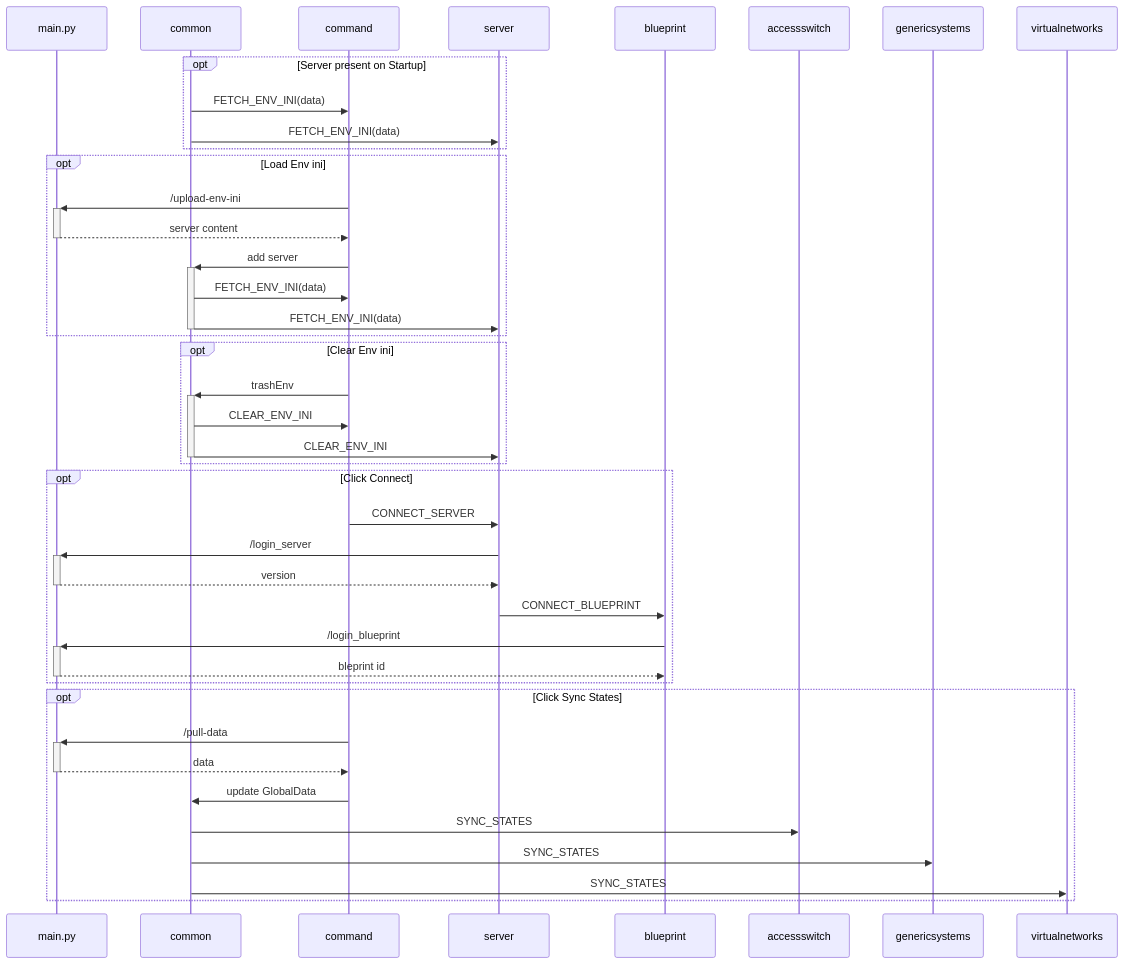
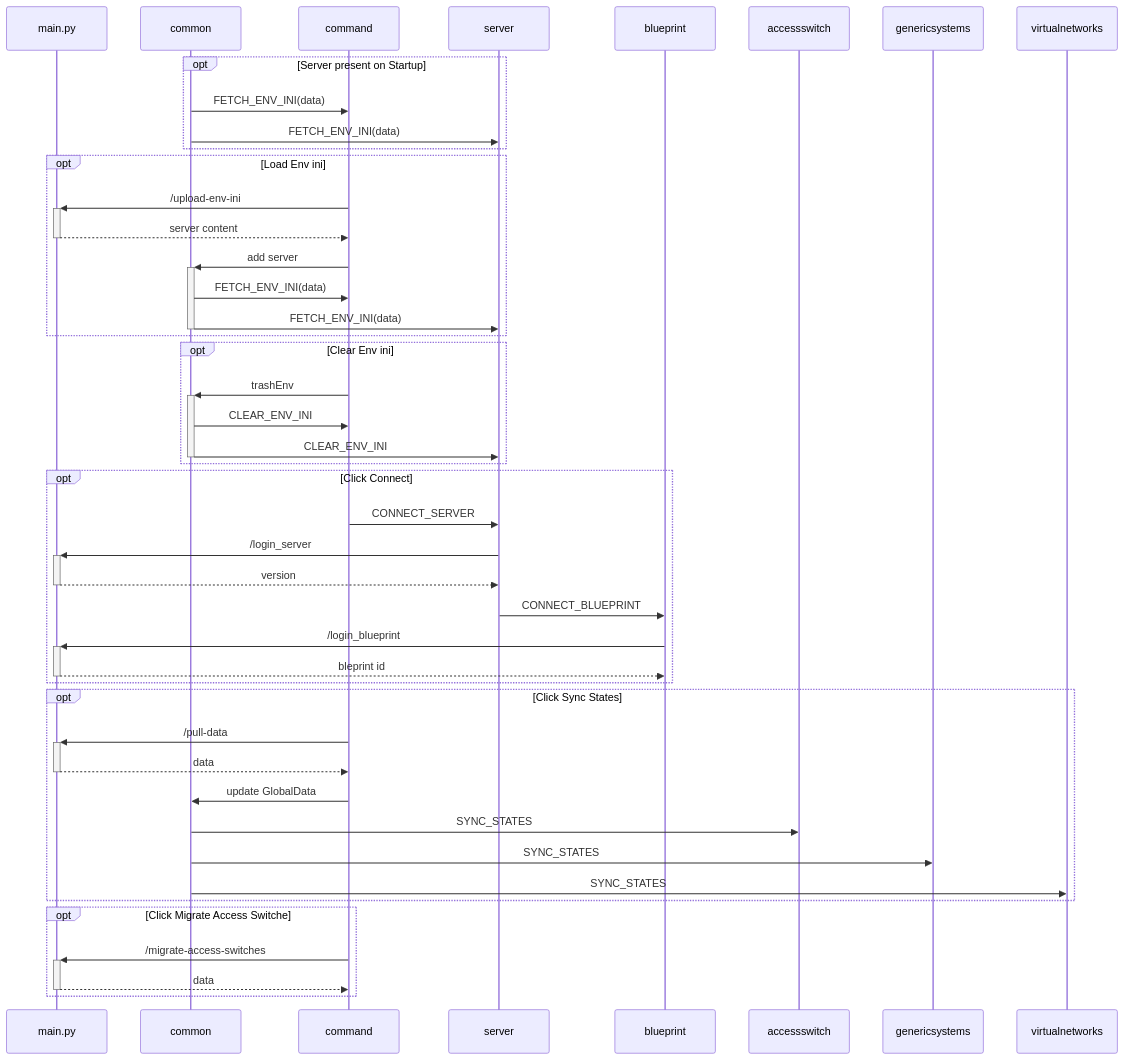
Before and after one commit to kimcharli/bp-consolidation-web: the diagram in README-sequences.md, drawn with Mermaid. The commit also changed 5 other files, not shown here.

````diff
--- a/README-sequences.md
+++ b/README-sequences.md
@@ -1,45 +1,48 @@
 ```mermaid
 sequenceDiagram
     participant main.py
     participant common
     participant command
     participant server
     participant blueprint
     participant accessswitch
     participant genericsystems
 
     opt Server present on Startup
         common ->> command: FETCH_ENV_INI(data)
         common ->> server: FETCH_ENV_INI(data)
     end
     opt Load Env ini
         command ->> +main.py: /upload-env-ini
         main.py -->> -command: server content
         command ->> +common: add server
         common ->> command: FETCH_ENV_INI(data)
         common ->> -server: FETCH_ENV_INI(data)
     end
     opt Clear Env ini
         command ->> +common: trashEnv
         common ->> command: CLEAR_ENV_INI
         common ->> -server: CLEAR_ENV_INI
     end
     opt Click Connect
         command ->> server: CONNECT_SERVER
         server ->> +main.py: /login_server
         main.py -->> -server: version
         server ->> blueprint: CONNECT_BLUEPRINT
         blueprint ->> +main.py: /login_blueprint
         main.py -->> -blueprint: bleprint id
     end
     opt Click Sync States
         command ->> +main.py: /pull-data
         main.py -->> -command: data
         command ->> common: update GlobalData
         common ->> accessswitch: SYNC_STATES
         common ->> genericsystems: SYNC_STATES
         common ->> virtualnetworks: SYNC_STATES
 
     end
-
+    opt Click Migrate Access Switche
+        command ->>+main.py: /migrate-access-switches
+        main.py -->> -command: data
+    end
 ```
````
